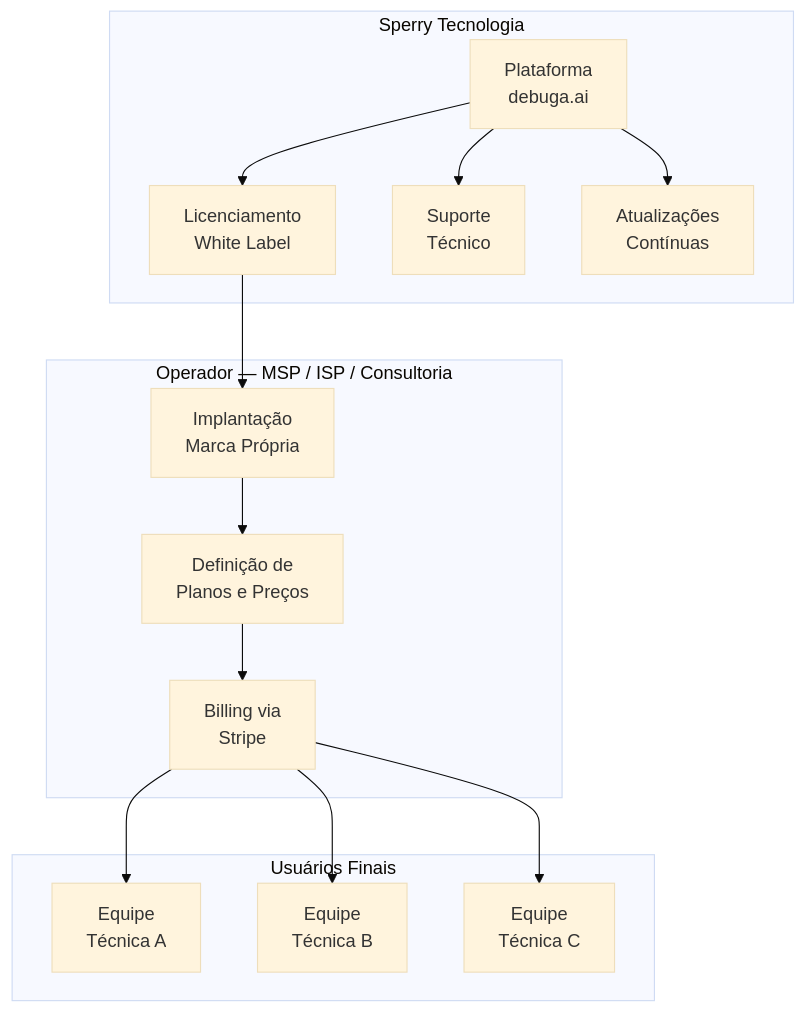
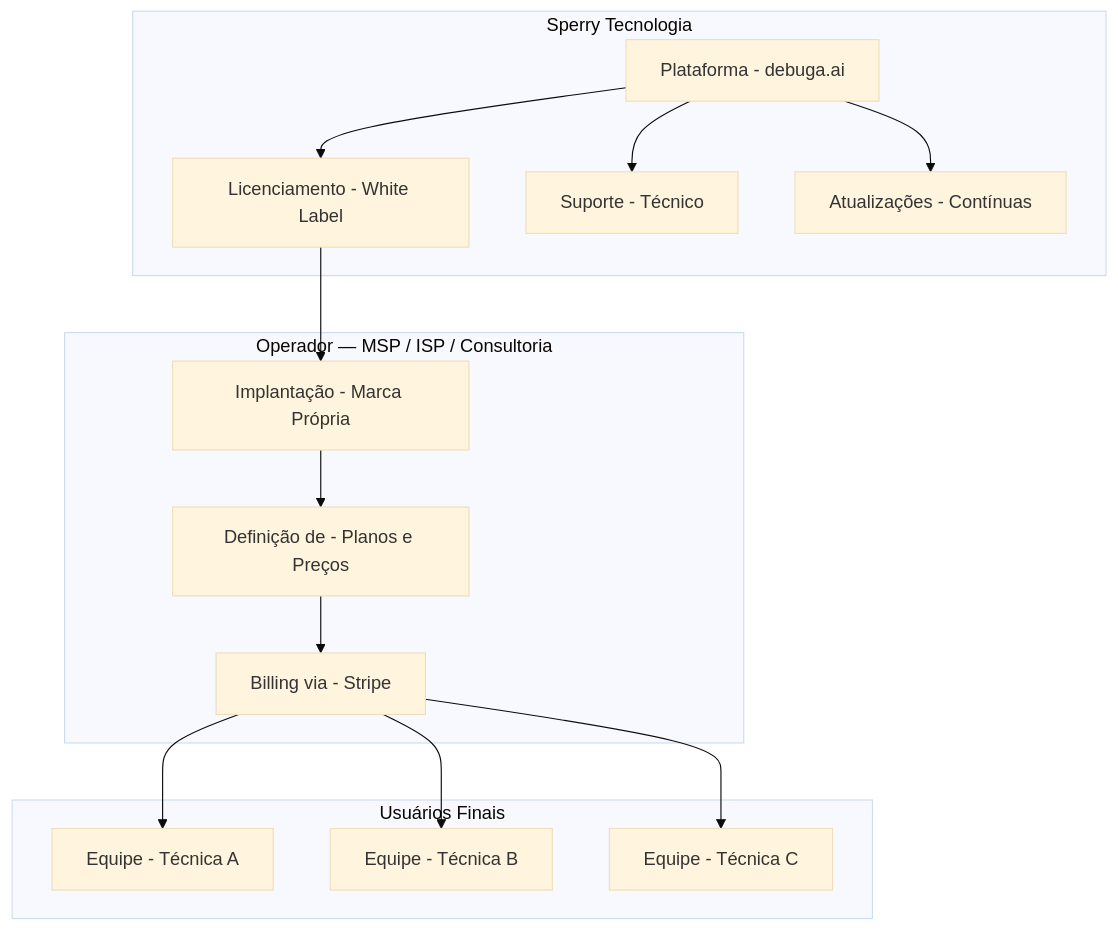
Before and after one commit to SperryTecnologia/debuga-ai: the fourth of 9 diagrams in docs/WHITEPAPER_PTBR.md, drawn with Mermaid (base theme). The commit also changed other lines of this file and 213 other files, not shown here.

````diff
--- a/docs/WHITEPAPER_PTBR.md
+++ b/docs/WHITEPAPER_PTBR.md
@@ -108,18 +108,18 @@
 ```mermaid
 flowchart TB
     subgraph "Sperry Tecnologia"
-        A[Plataforma<br/>debuga.ai] --> B[Licenciamento<br/>White Label]
-        A --> C[Suporte<br/>Técnico]
-        A --> D[Atualizações<br/>Contínuas]
+        A[Plataforma - debuga.ai] --> B[Licenciamento - White Label]
+        A --> C[Suporte - Técnico]
+        A --> D[Atualizações - Contínuas]
     end
     subgraph "Operador — MSP / ISP / Consultoria"
-        B --> E[Implantação<br/>Marca Própria]
-        E --> F[Definição de<br/>Planos e Preços]
-        F --> G[Billing via<br/>Stripe]
+        B --> E[Implantação - Marca Própria]
+        E --> F[Definição de - Planos e Preços]
+        F --> G[Billing via - Stripe]
     end
     subgraph "Usuários Finais"
-        G --> H[Equipe<br/>Técnica A]
-        G --> I[Equipe<br/>Técnica B]
-        G --> J[Equipe<br/>Técnica C]
+        G --> H[Equipe - Técnica A]
+        G --> I[Equipe - Técnica B]
+        G --> J[Equipe - Técnica C]
     end
 ```
````
